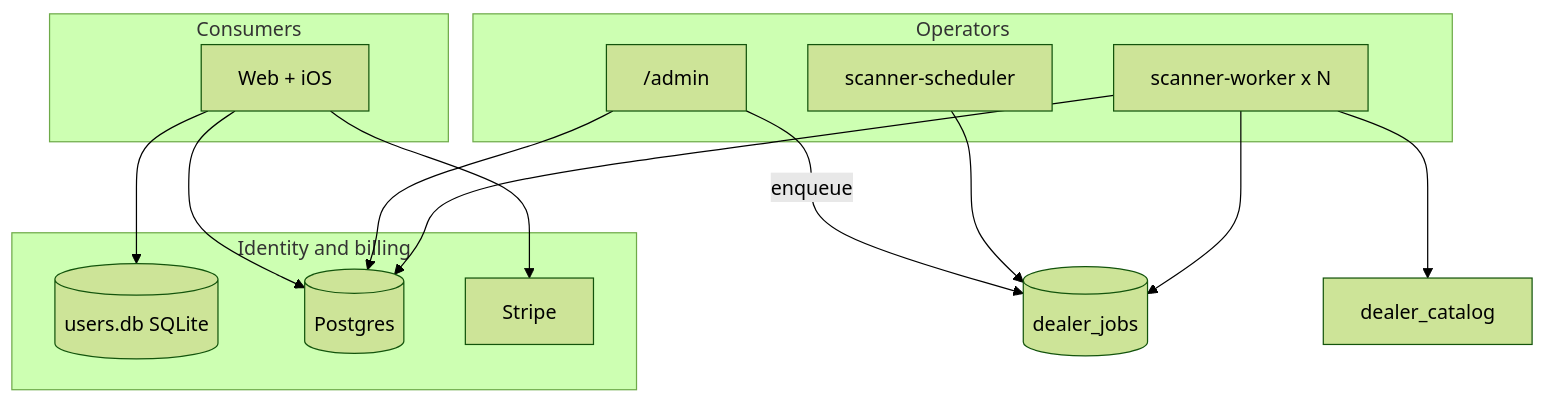
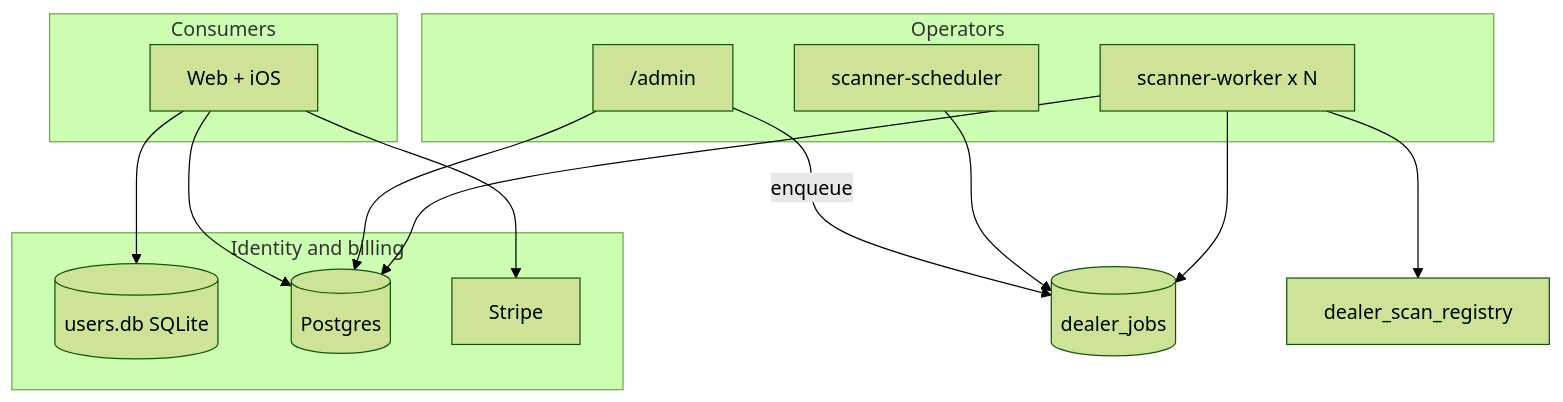
One commit to asarrafi47/DealershipScanner changed the first of 2 diagrams in docs/PLATFORM_MASTER_PLAN.md. Above: the diagram before and after it, drawn with Mermaid (forest theme). The commit also changed other lines of this file and 12197 other files, not shown here.

First line of the commit message:
Align Postgres inventory schema with code and consolidate dealer/catalog paths.

````diff
--- a/docs/PLATFORM_MASTER_PLAN.md
+++ b/docs/PLATFORM_MASTER_PLAN.md
@@ -46,28 +46,28 @@
 ```mermaid
 flowchart TB
   subgraph consumers [Consumers]
     WEB[Web + iOS]
   end
 
   subgraph identity [Identity and billing]
     USERS[(users.db SQLite)]
     PG[(Postgres)]
     STRIPE[Stripe]
   end
 
   subgraph operators [Operators]
     ADMIN["/admin"]
     WORKERS[scanner-worker x N]
     SCHED[scanner-scheduler]
   end
 
   WEB --> USERS
   WEB --> PG
   WEB --> STRIPE
   ADMIN --> PG
   ADMIN -->|enqueue| JOBS[(dealer_jobs)]
   SCHED --> JOBS
   WORKERS --> JOBS
   WORKERS --> PG
-  WORKERS --> CAT[dealer_catalog]
+  WORKERS --> CAT[dealer_scan_registry]
 ```
````
